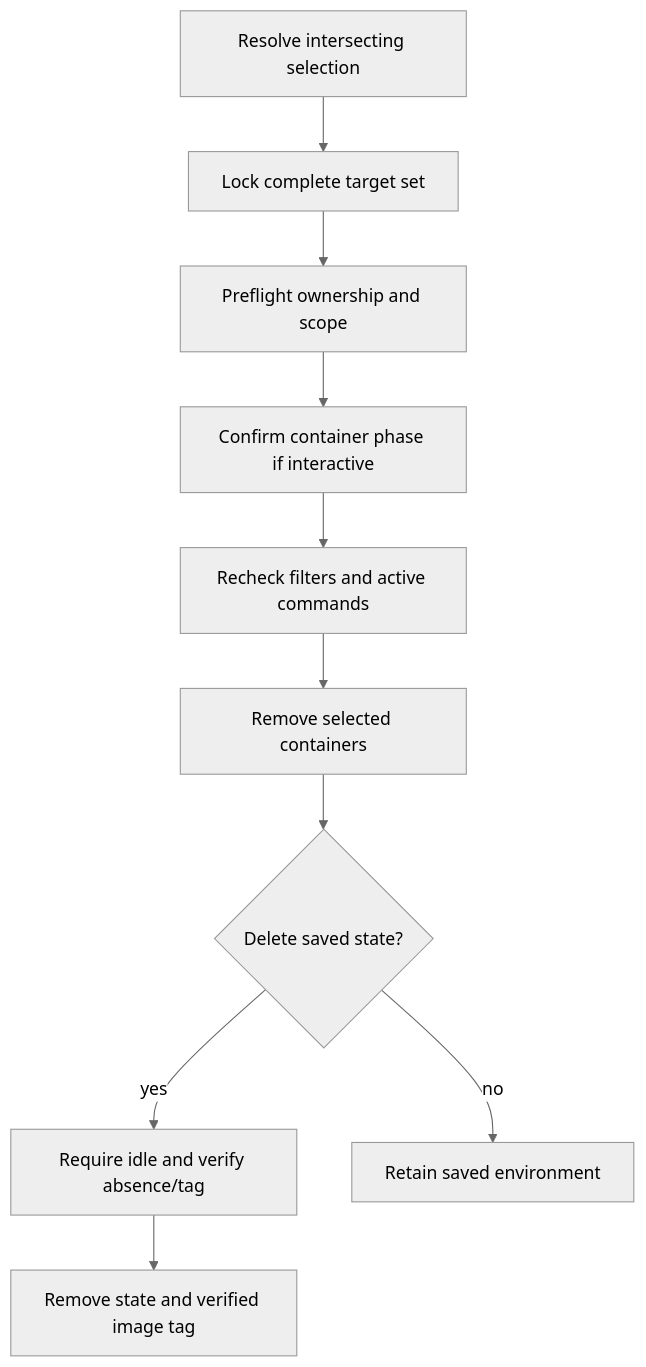
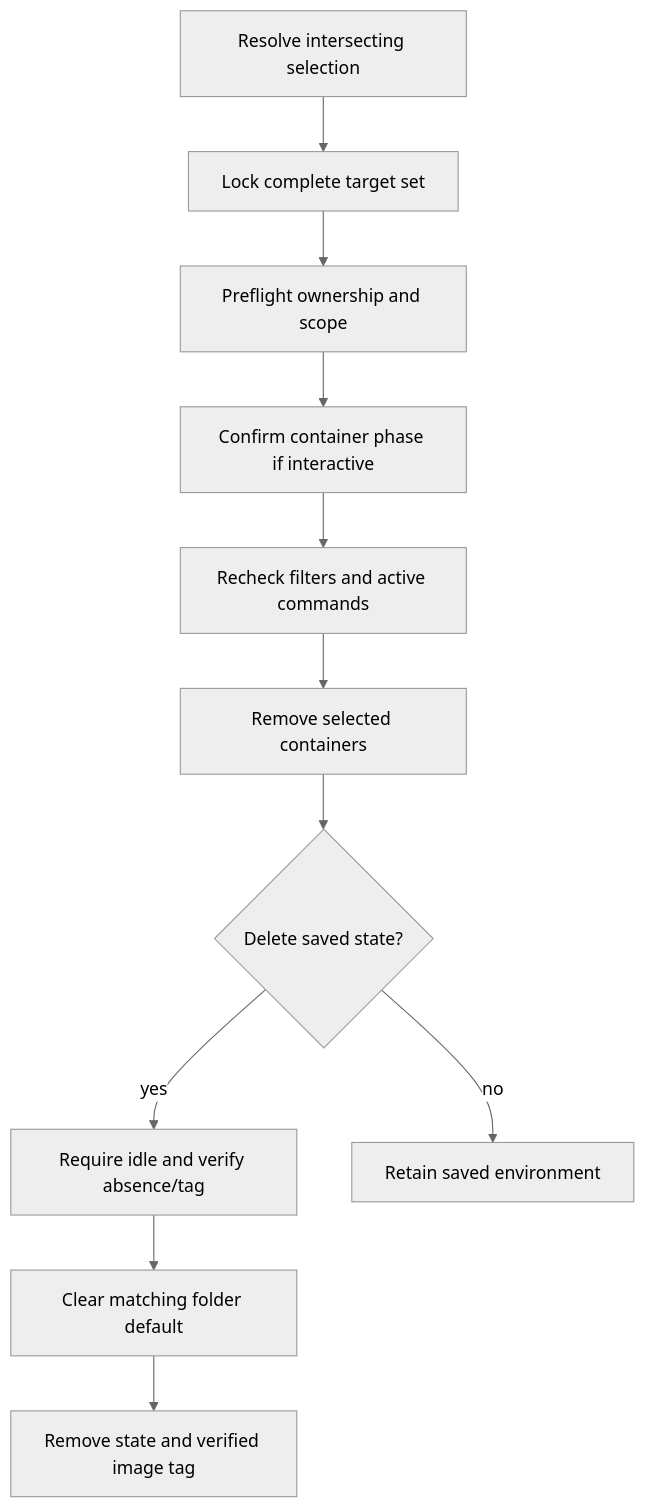
One commit to pip12345/devbox-neo changed the first of 2 diagrams in docs/src/architecture/state.md. Above: the diagram before and after it, drawn with Mermaid (neutral theme). The commit also changed other lines of this file and 27 other files, not shown here.

````diff
--- a/docs/src/architecture/state.md
+++ b/docs/src/architecture/state.md
@@ -81,12 +86,13 @@
 ```mermaid
 flowchart TD
     SELECT[Resolve intersecting selection] --> LOCK[Lock complete target set]
     LOCK --> CHECK[Preflight ownership and scope]
     CHECK --> CONFIRM[Confirm container phase if interactive]
     CONFIRM --> RECHECK[Recheck filters and active commands]
     RECHECK --> REMOVE[Remove selected containers]
     REMOVE --> SAVE{Delete saved state?}
     SAVE -->|yes| VERIFY[Require idle and verify absence/tag]
-    VERIFY --> DELETE[Remove state and verified image tag]
+    VERIFY --> CLEAR[Clear matching folder default]
+    CLEAR --> DELETE[Remove state and verified image tag]
     SAVE -->|no| KEEP[Retain saved environment]
 ```
````
